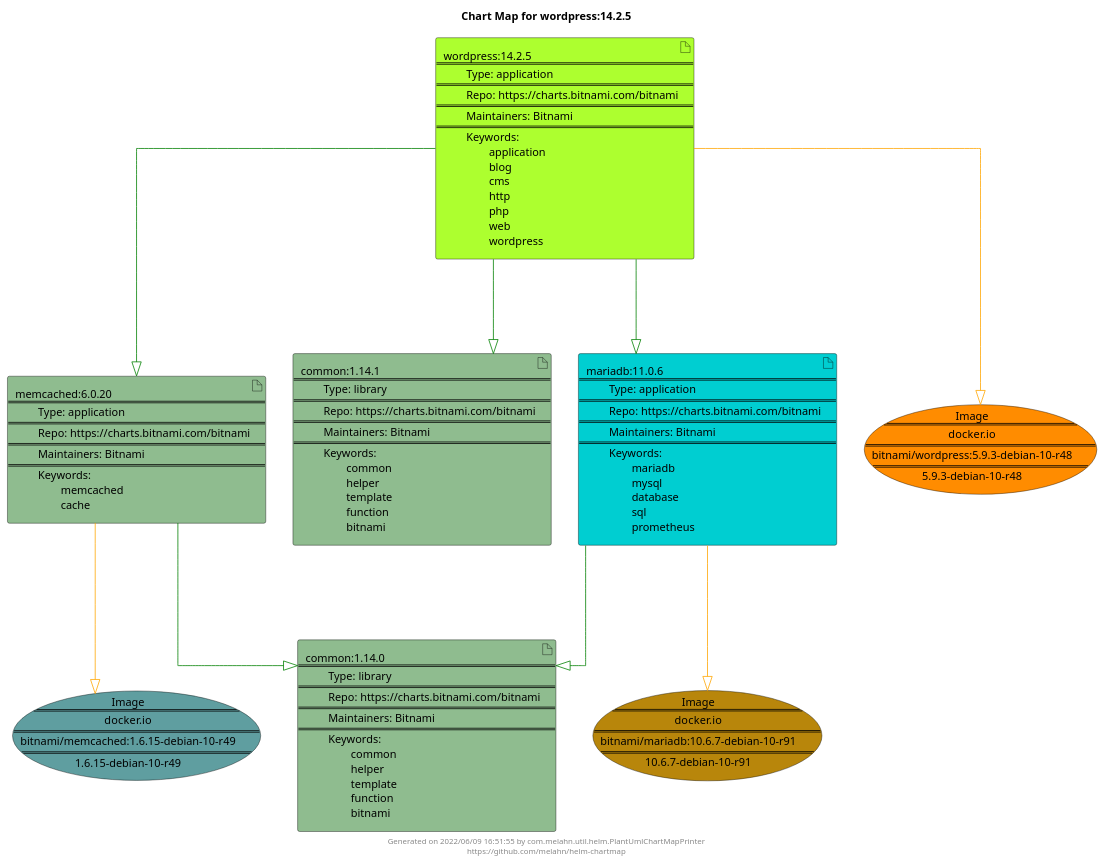
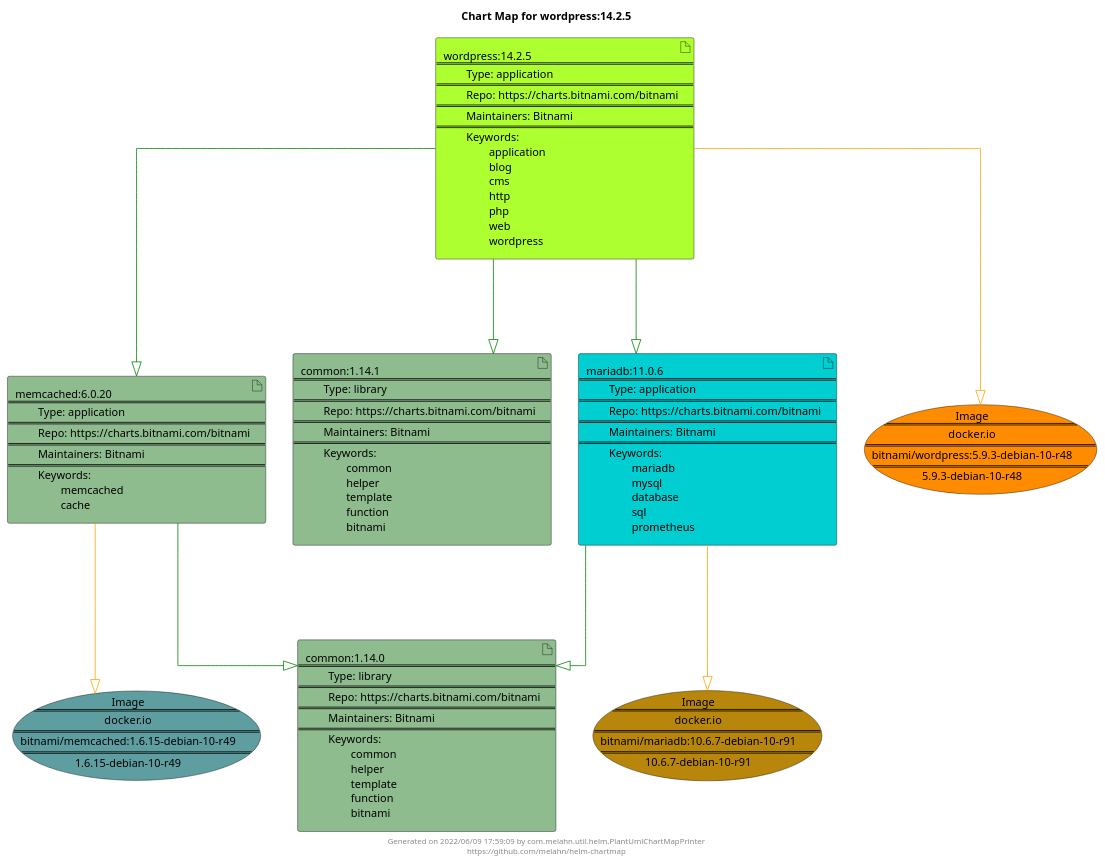
One commit to melahn/helm-chartmap changed the diagram in docs/wordpress/wordpress-14.2.5.puml. Above: the diagram before and after it, drawn with PlantUML. The commit also changed 59 other files, not shown here.

Commit message:
Update Example Chart Maps as part of GitHub build

```diff
--- a/docs/wordpress/wordpress-14.2.5.puml
+++ b/docs/wordpress/wordpress-14.2.5.puml
@@ -1,34 +1,34 @@
 @startuml
 skinparam linetype ortho
 skinparam backgroundColor white
 skinparam usecaseBorderColor black
 skinparam usecaseArrowColor LightSlateGray
 skinparam artifactBorderColor black
 skinparam artifactArrowColor LightSlateGray
 
 title Chart Map for wordpress:14.2.5
 
 'There are 5 referenced Helm Charts
 artifact "memcached:6.0.20\n====\n\tType: application\n====\n\tRepo: https://charts.bitnami.com/bitnami\n====\n\tMaintainers: Bitnami\n====\n\tKeywords: \n\t\tmemcached\n\t\tcache" as memcached_6_0_20 #DarkSeaGreen
 artifact "common:1.14.0\n====\n\tType: library\n====\n\tRepo: https://charts.bitnami.com/bitnami\n====\n\tMaintainers: Bitnami\n====\n\tKeywords: \n\t\tcommon\n\t\thelper\n\t\ttemplate\n\t\tfunction\n\t\tbitnami" as common_1_14_0 #DarkSeaGreen
 artifact "wordpress:14.2.5\n====\n\tType: application\n====\n\tRepo: https://charts.bitnami.com/bitnami\n====\n\tMaintainers: Bitnami\n====\n\tKeywords: \n\t\tapplication\n\t\tblog\n\t\tcms\n\t\thttp\n\t\tphp\n\t\tweb\n\t\twordpress" as wordpress_14_2_5 #GreenYellow
 artifact "common:1.14.1\n====\n\tType: library\n====\n\tRepo: https://charts.bitnami.com/bitnami\n====\n\tMaintainers: Bitnami\n====\n\tKeywords: \n\t\tcommon\n\t\thelper\n\t\ttemplate\n\t\tfunction\n\t\tbitnami" as common_1_14_1 #DarkSeaGreen
 artifact "mariadb:11.0.6\n====\n\tType: application\n====\n\tRepo: https://charts.bitnami.com/bitnami\n====\n\tMaintainers: Bitnami\n====\n\tKeywords: \n\t\tmariadb\n\t\tmysql\n\t\tdatabase\n\t\tsql\n\t\tprometheus" as mariadb_11_0_6 #DarkTurquoise
 
 'There are 3 referenced Docker Images
 usecase "Image\n====\ndocker.io\n====\nbitnami/mariadb:10.6.7-debian-10-r91\n====\n10.6.7-debian-10-r91" as docker_io_bitnami_mariadb_10_6_7_debian_10_r91 #DarkGoldenRod
 usecase "Image\n====\ndocker.io\n====\nbitnami/wordpress:5.9.3-debian-10-r48\n====\n5.9.3-debian-10-r48" as docker_io_bitnami_wordpress_5_9_3_debian_10_r48 #Darkorange
 usecase "Image\n====\ndocker.io\n====\nbitnami/memcached:1.6.15-debian-10-r49\n====\n1.6.15-debian-10-r49" as docker_io_bitnami_memcached_1_6_15_debian_10_r49 #CadetBlue
 
 'Chart Dependencies
+wordpress_14_2_5--[#green]-|>memcached_6_0_20
+memcached_6_0_20--[#green]-|>common_1_14_0
 wordpress_14_2_5--[#green]-|>mariadb_11_0_6
 mariadb_11_0_6--[#green]-|>common_1_14_0
-wordpress_14_2_5--[#green]-|>memcached_6_0_20
-memcached_6_0_20--[#green]-|>common_1_14_0
 wordpress_14_2_5--[#green]-|>common_1_14_1
 memcached_6_0_20--[#orange]-|>docker_io_bitnami_memcached_1_6_15_debian_10_r49
 wordpress_14_2_5--[#orange]-|>docker_io_bitnami_wordpress_5_9_3_debian_10_r48
 mariadb_11_0_6--[#orange]-|>docker_io_bitnami_mariadb_10_6_7_debian_10_r91
 
-center footer Generated on 2022/06/09 16:51:55 by com.melahn.util.helm.PlantUmlChartMapPrinter\nhttps://github.com/melahn/helm-chartmap
+center footer Generated on 2022/06/09 17:59:09 by com.melahn.util.helm.PlantUmlChartMapPrinter\nhttps://github.com/melahn/helm-chartmap
 @enduml
```
